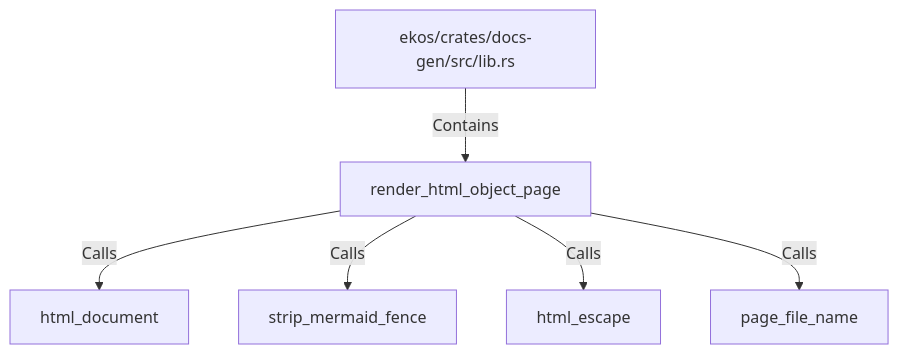
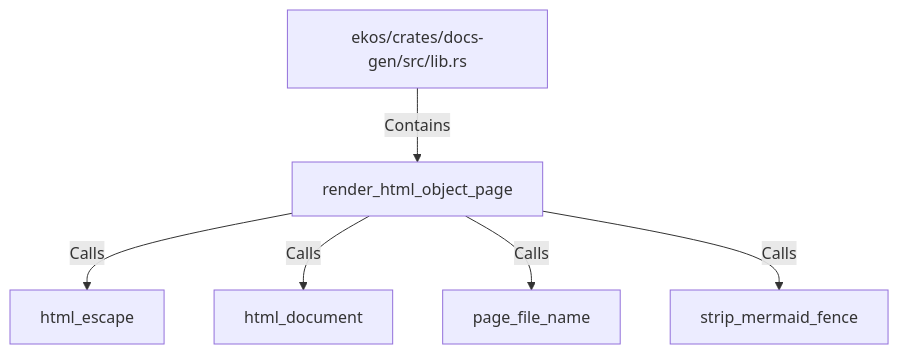
One commit to alexeyban/EKOS changed the diagram in doc/entities/rustsymbol/re/render-html-object-page.md. Above: the diagram before and after it, drawn with Mermaid. The commit also changed other lines of this file and 552 other files, not shown here.

````diff
--- a/doc/entities/rustsymbol/re/render-html-object-page.md
+++ b/doc/entities/rustsymbol/re/render-html-object-page.md
@@ -24,14 +24,14 @@
 ```mermaid
 graph TD
     n2c4b2f66239c55adbcda4a963de9d84f["render_html_object_page"]
     n6ca4fba018e559b798767dae72e2ce0e["ekos/crates/docs-gen/src/lib.rs"]
     n6ca4fba018e559b798767dae72e2ce0e -->|Contains| n2c4b2f66239c55adbcda4a963de9d84f
+    n9e97d3338249538e97276e1e970dcf37["html_escape"]
+    n2c4b2f66239c55adbcda4a963de9d84f -->|Calls| n9e97d3338249538e97276e1e970dcf37
     ne33469ec37715c0fa9216ee66db5430b["html_document"]
     n2c4b2f66239c55adbcda4a963de9d84f -->|Calls| ne33469ec37715c0fa9216ee66db5430b
+    nd8b69d99022e532f988b43e4370b5981["page_file_name"]
+    n2c4b2f66239c55adbcda4a963de9d84f -->|Calls| nd8b69d99022e532f988b43e4370b5981
     n277a818f2b3f5dde8f6aae8221017509["strip_mermaid_fence"]
     n2c4b2f66239c55adbcda4a963de9d84f -->|Calls| n277a818f2b3f5dde8f6aae8221017509
-    n9e97d3338249538e97276e1e970dcf37["html_escape"]
-    n2c4b2f66239c55adbcda4a963de9d84f -->|Calls| n9e97d3338249538e97276e1e970dcf37
-    nd8b69d99022e532f988b43e4370b5981["page_file_name"]
-    n2c4b2f66239c55adbcda4a963de9d84f -->|Calls| nd8b69d99022e532f988b43e4370b5981
 ```
````
